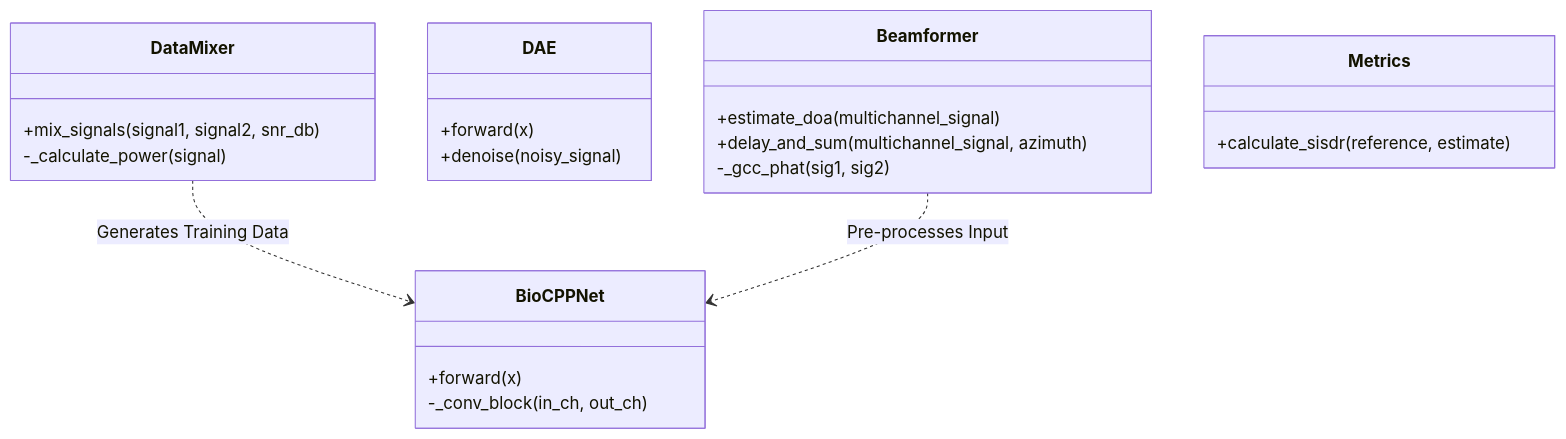
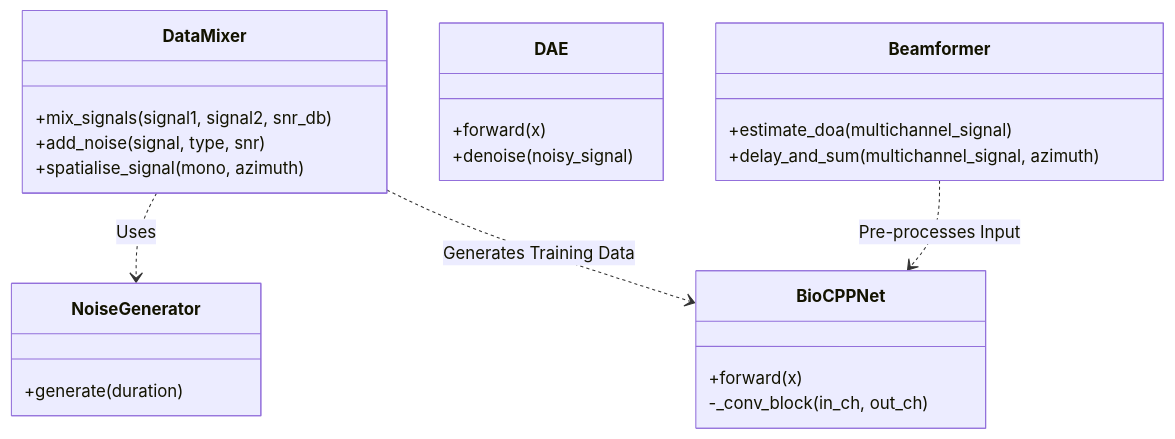
The second of 2 diagrams in docs/BioCPPNet/architecture.md (paulmziegler/BioCPPNet), drawn with Mermaid before and after one commit. The commit also changed other lines of this file and 12 other files, not shown here.

Commit message:
Implement session-based test output and update architecture docs

````diff
--- a/docs/BioCPPNet/architecture.md
+++ b/docs/BioCPPNet/architecture.md
@@ -25,30 +25,31 @@
 ```mermaid
 classDiagram
     class DataMixer {
         +mix_signals(signal1, signal2, snr_db)
-        -_calculate_power(signal)
+        +add_noise(signal, type, snr)
+        +spatialise_signal(mono, azimuth)
     }
 
     class BioCPPNet {
         +forward(x)
         -_conv_block(in_ch, out_ch)
     }
     
     class DAE {
         +forward(x)
         +denoise(noisy_signal)
     }
 
     class Beamformer {
         +estimate_doa(multichannel_signal)
         +delay_and_sum(multichannel_signal, azimuth)
-        -_gcc_phat(sig1, sig2)
+    }
+    
+    class NoiseGenerator {
+        +generate(duration)
     }
 
-    class Metrics {
-        +calculate_sisdr(reference, estimate)
-    }
-
+    DataMixer ..> NoiseGenerator : Uses
     DataMixer ..> BioCPPNet : Generates Training Data
     Beamformer ..> BioCPPNet : Pre-processes Input
 ```
````
